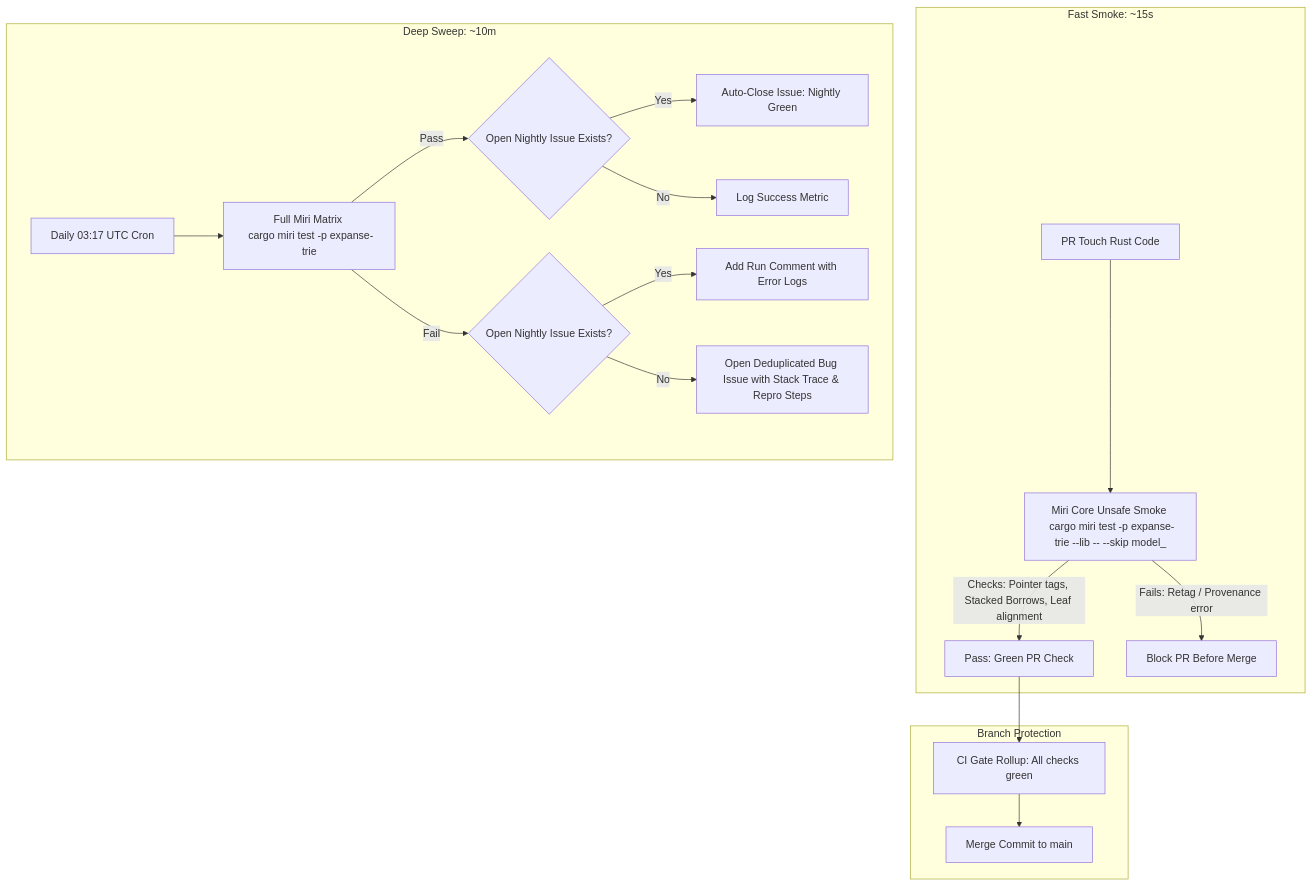
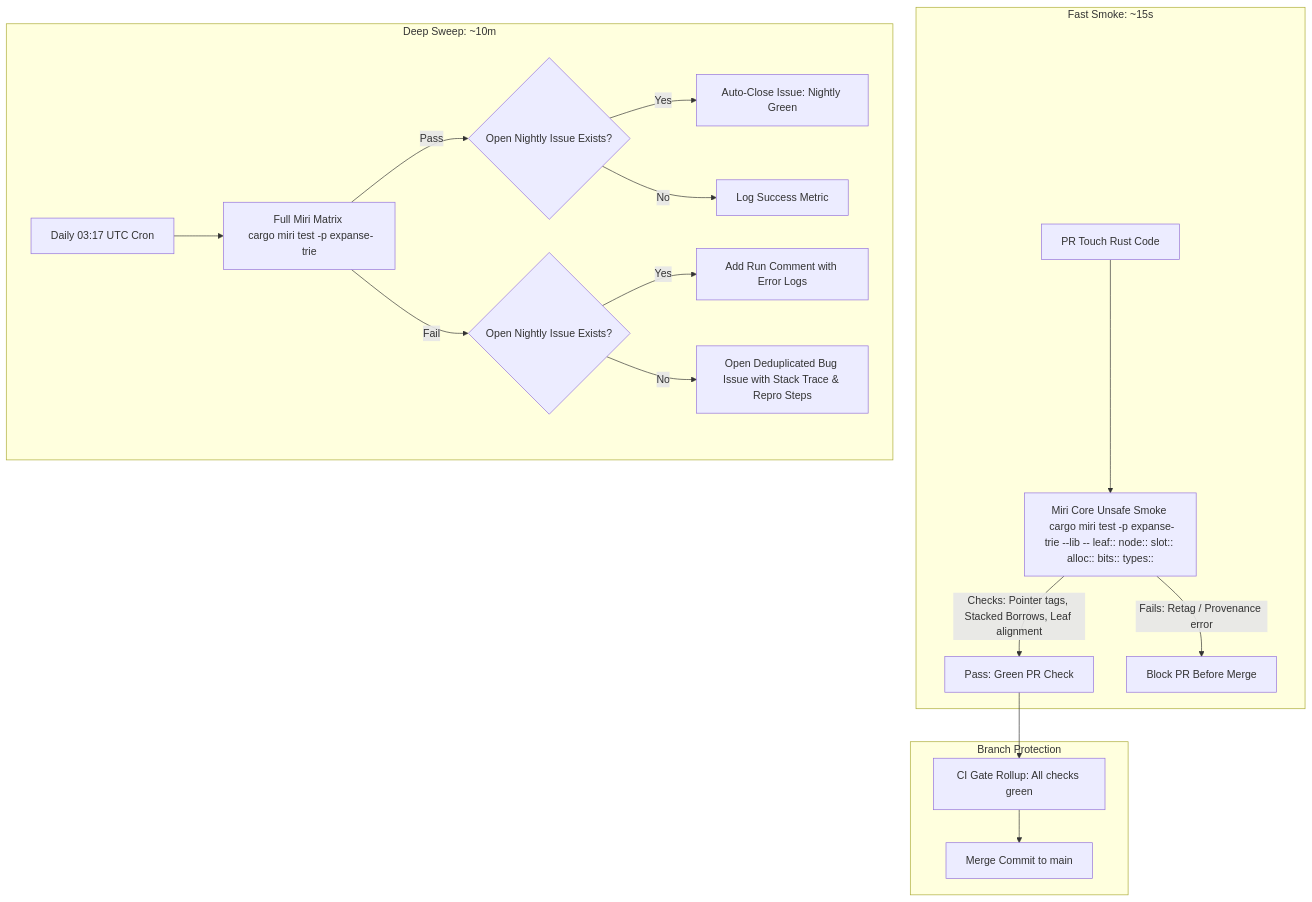
One commit to orieg/expanse changed the third of 3 diagrams in docs/CI_CD_GUIDE.md. Above: the diagram before and after it, drawn with Mermaid. The commit also changed other lines of this file and 9 other files, not shown here.

Commit message:
fix(ci): restore Tier 1 Miri fast smoke scope and scale Miri test iterations

````diff
--- a/docs/CI_CD_GUIDE.md
+++ b/docs/CI_CD_GUIDE.md
@@ -157,23 +157,23 @@
 ```mermaid
 graph TD
     subgraph Tier 1: Pull Request CI [Fast Smoke: ~15s]
-        A[PR Touch Rust Code] --> B[Miri Core Unsafe Smoke <br/> cargo miri test -p expanse-trie --lib -- --skip model_]
+        A[PR Touch Rust Code] --> B[Miri Core Unsafe Smoke <br/> cargo miri test -p expanse-trie --lib -- leaf:: node:: slot:: alloc:: bits:: types::]
         B -->|Checks: Pointer tags, Stacked Borrows, Leaf alignment| C[Pass: Green PR Check]
         B -->|Fails: Retag / Provenance error| D[Block PR Before Merge]
     end
 
     subgraph Tier 2: Merge Gate [Branch Protection]
         C --> E[CI Gate Rollup: All checks green]
         E --> F[Merge Commit to main]
     end
 
     subgraph Tier 3: Nightly Full Matrix & Auto-Triage [Deep Sweep: ~10m]
         G[Daily 03:17 UTC Cron] --> H[Full Miri Matrix <br/> cargo miri test -p expanse-trie]
         H -->|Pass| I{Open Nightly Issue Exists?}
         I -->|Yes| J[Auto-Close Issue: Nightly Green]
         I -->|No| K[Log Success Metric]
         H -->|Fail| L{Open Nightly Issue Exists?}
         L -->|Yes| M[Add Run Comment with Error Logs]
         L -->|No| N[Open Deduplicated Bug Issue with Stack Trace & Repro Steps]
     end
 ```
````
